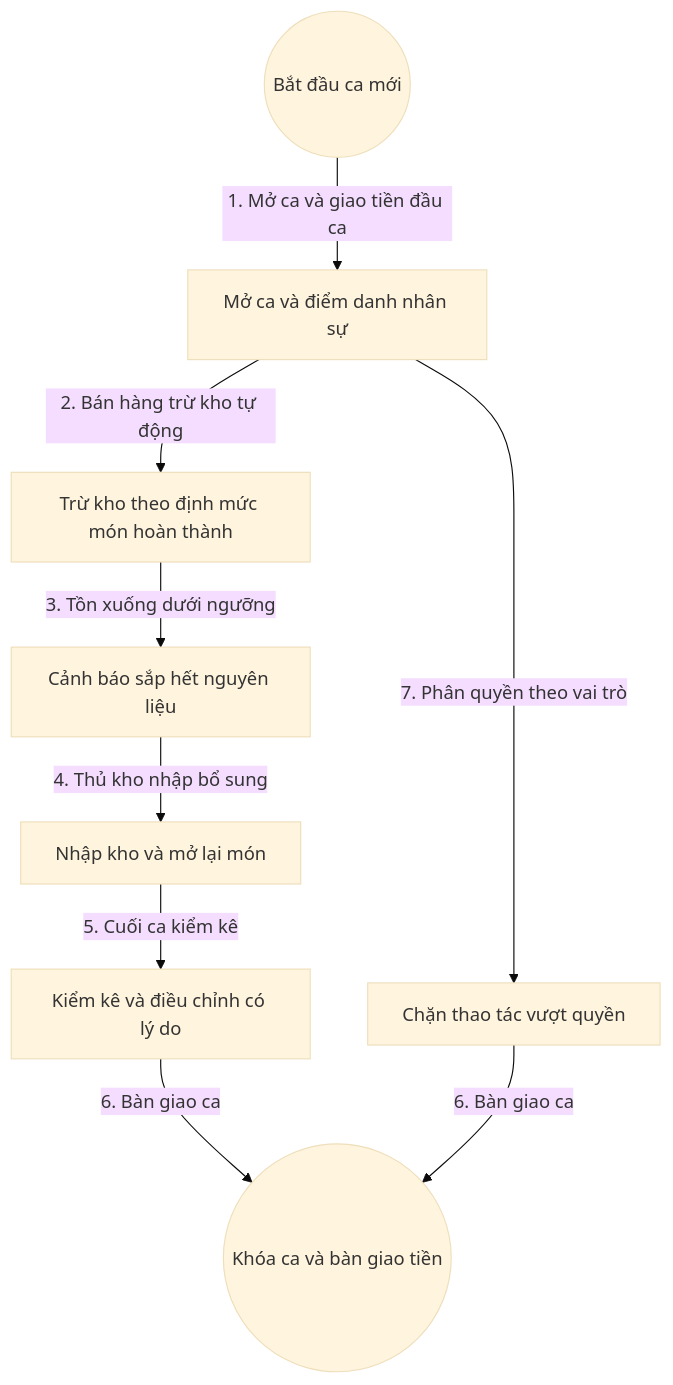
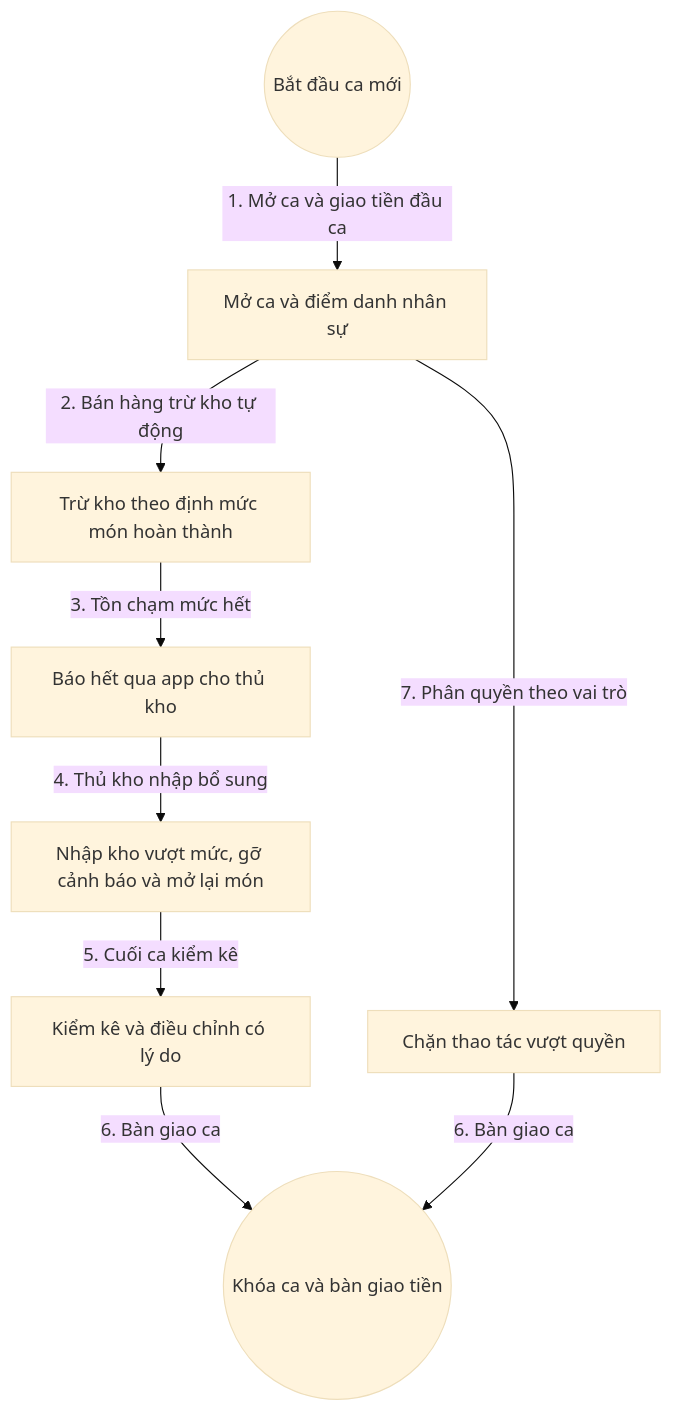
One commit to BrrrBrrpatabim26/dmechoson changed the diagram in flowchart/01.Quan_ly_nha_hang/6.Quan_ly_kho_va_nhan_su.md. Above: the diagram before and after it, drawn with Mermaid (base theme). The commit also changed other lines of this file and 1 other file, not shown here.

Commit message:
cap nhat chuc nang bao het nguyen lieu

````diff
--- a/flowchart/01.Quan_ly_nha_hang/6.Quan_ly_kho_va_nhan_su.md
+++ b/flowchart/01.Quan_ly_nha_hang/6.Quan_ly_kho_va_nhan_su.md
@@ -26,11 +29,11 @@
 ```mermaid
 graph TD
   BatDau((Bắt đầu ca mới))-->|1. Mở ca và giao tiền đầu ca| MoCa[Mở ca và điểm danh nhân sự]
   MoCa-->|2. Bán hàng trừ kho tự động| TruKho[Trừ kho theo định mức món hoàn thành]
-  TruKho-->|3. Tồn xuống dưới ngưỡng| CanhBao[Cảnh báo sắp hết nguyên liệu]
-  CanhBao-->|4. Thủ kho nhập bổ sung| NhapKho[Nhập kho và mở lại món]
+  TruKho-->|3. Tồn chạm mức hết| CanhBao[Báo hết qua app cho thủ kho]
+  CanhBao-->|4. Thủ kho nhập bổ sung| NhapKho[Nhập kho vượt mức, gỡ cảnh báo và mở lại món]
   NhapKho-->|5. Cuối ca kiểm kê| KiemKe[Kiểm kê và điều chỉnh có lý do]
   KiemKe-->|6. Bàn giao ca| KetThuc((Khóa ca và bàn giao tiền))
   MoCa-->|7. Phân quyền theo vai trò| PhanQuyen[Chặn thao tác vượt quyền]
   PhanQuyen-->|6. Bàn giao ca| KetThuc
 ```
````
